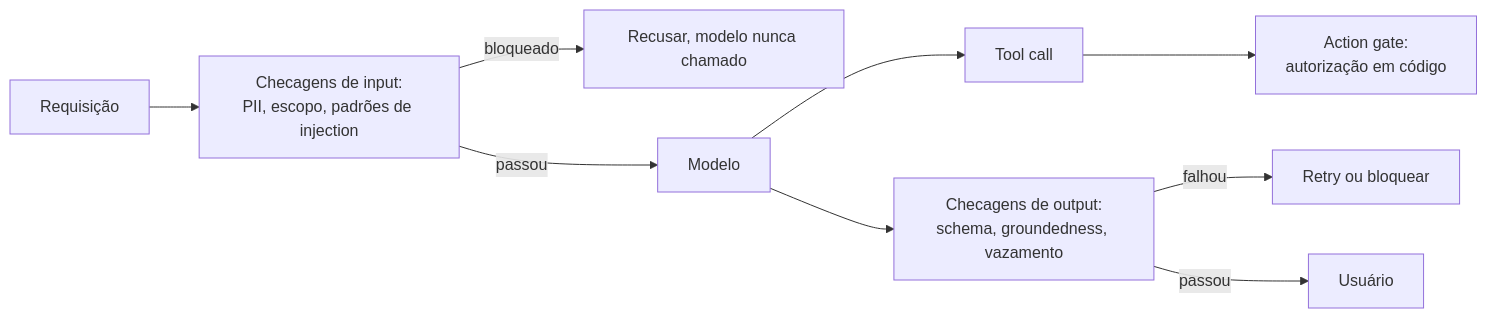
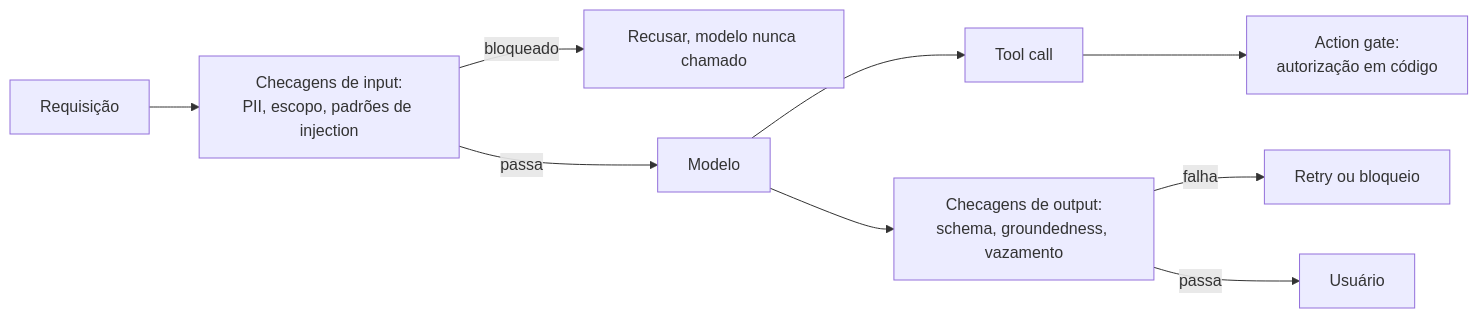
The fifth of 26 diagrams in 03-prompt-engineering-and-context/questions.pt-BR.md (andrevberaldo/AI-Engineer-Interview-Questions), drawn with Mermaid before and after one commit. The commit also changed other lines of this file and 1 other file, not shown here.

````diff
--- a/03-prompt-engineering-and-context/questions.pt-BR.md
+++ b/03-prompt-engineering-and-context/questions.pt-BR.md
@@ -306,11 +306,11 @@
 ```mermaid
 flowchart LR
     A["Requisição"] --> B["Checagens de input:<br/>PII, escopo, padrões de injection"]
     B -->|"bloqueado"| C["Recusar, modelo nunca chamado"]
-    B -->|"passou"| D["Modelo"]
+    B -->|"passa"| D["Modelo"]
     D --> E["Tool call"]
     E --> F["Action gate:<br/>autorização em código"]
     D --> G["Checagens de output:<br/>schema, groundedness, vazamento"]
-    G -->|"falhou"| H["Retry ou bloquear"]
-    G -->|"passou"| I["Usuário"]
+    G -->|"falha"| H["Retry ou bloqueio"]
+    G -->|"passa"| I["Usuário"]
 ```
````
